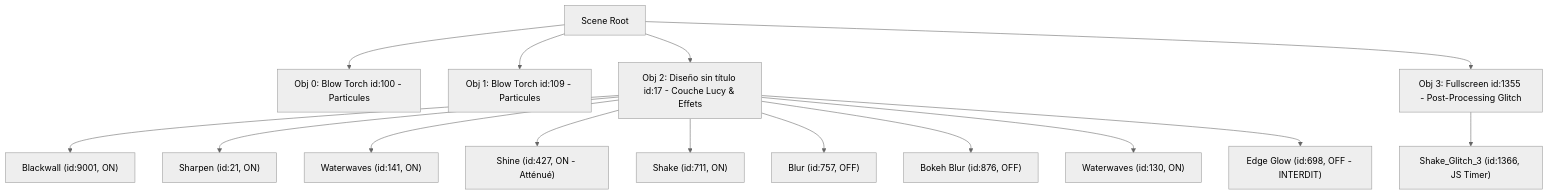
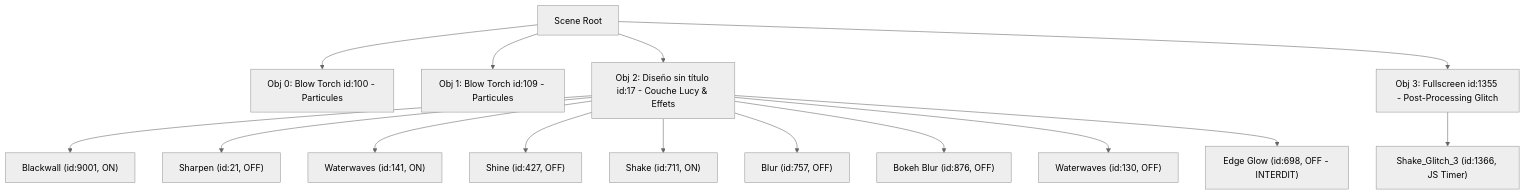
One commit to BSourichanh/Hyprland_Aurora changed the diagram in ressource/LUCY_MODEL.md. Above: the diagram before and after it, drawn with Mermaid (neutral theme). The commit also changed other lines of this file and 45 other files, not shown here.

````diff
--- a/ressource/LUCY_MODEL.md
+++ b/ressource/LUCY_MODEL.md
@@ -87,19 +87,19 @@
 ```mermaid
 graph TD
     Root[Scene Root] --> Obj0[Obj 0: Blow Torch id:100 - Particules]
     Root --> Obj1[Obj 1: Blow Torch id:109 - Particules]
     Root --> Obj2[Obj 2: Diseño sin título id:17 - Couche Lucy & Effets]
     Root --> Obj3[Obj 3: Fullscreen id:1355 - Post-Processing Glitch]
 
     Obj2 --> E0["Blackwall (id:9001, ON)"]
-    Obj2 --> E1["Sharpen (id:21, ON)"]
+    Obj2 --> E1["Sharpen (id:21, OFF)"]
     Obj2 --> E2["Waterwaves (id:141, ON)"]
-    Obj2 --> E3["Shine (id:427, ON - Atténué)"]
+    Obj2 --> E3["Shine (id:427, OFF)"]
     Obj2 --> E4["Shake (id:711, ON)"]
     Obj2 --> E5["Blur (id:757, OFF)"]
     Obj2 --> E6["Bokeh Blur (id:876, OFF)"]
-    Obj2 --> E7["Waterwaves (id:130, ON)"]
+    Obj2 --> E7["Waterwaves (id:130, OFF)"]
     Obj2 --> E8["Edge Glow (id:698, OFF - INTERDIT)"]
 
     Obj3 --> G0["Shake_Glitch_3 (id:1366, JS Timer)"]
 ```
````
